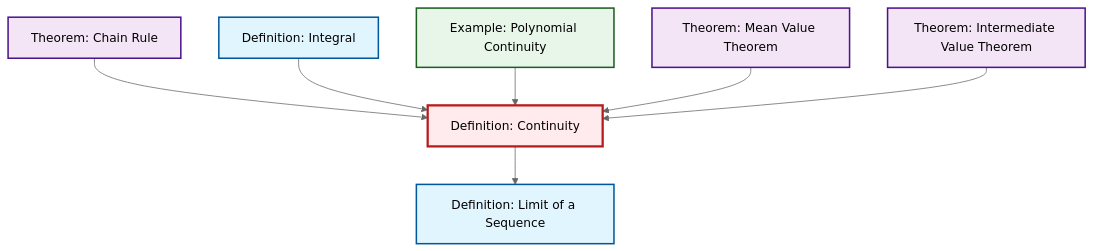
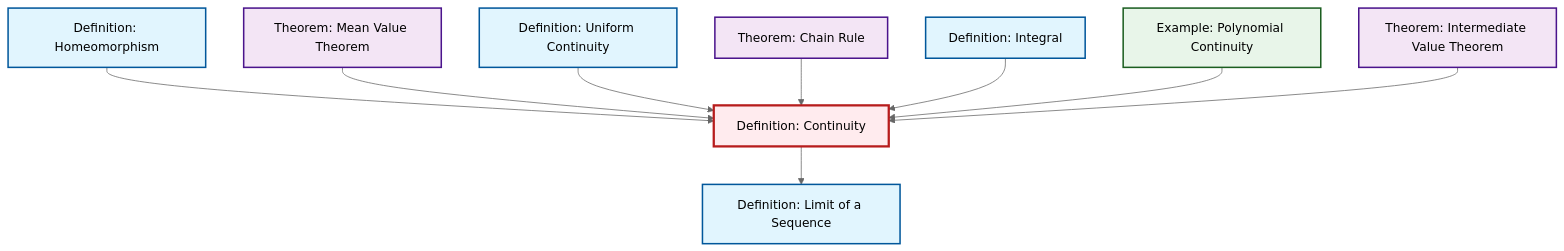
Before and after one commit to RK0429/ModernMath: the diagram in content/ja/analysis/def-continuity.qmd, drawn with Mermaid (neutral theme). The commit also changed 474 other files, not shown here.

````diff
--- a/content/ja/analysis/def-continuity.qmd
+++ b/content/ja/analysis/def-continuity.qmd
@@ -58,29 +58,35 @@
 ```{mermaid}
 %%| fig-cap: "Local dependency graph"
 graph TD
     classDef definition fill:#e1f5fe,stroke:#01579b,stroke-width:2px
     classDef theorem fill:#f3e5f5,stroke:#4a148c,stroke-width:2px
     classDef axiom fill:#fff3e0,stroke:#e65100,stroke-width:2px
     classDef example fill:#e8f5e9,stroke:#1b5e20,stroke-width:2px
     classDef current fill:#ffebee,stroke:#b71c1c,stroke-width:3px
+    ex-polynomial-continuity["Example: Polynomial Continuity"]:::example
+    def-uniform-continuity["Definition: Uniform Continuity"]:::definition
+    def-limit["Definition: Limit of a Sequence"]:::definition
+    def-continuity["Definition: Continuity"]:::definition
+    def-homeomorphism["Definition: Homeomorphism"]:::definition
+    thm-mean-value["Theorem: Mean Value Theorem"]:::theorem
     thm-chain-rule["Theorem: Chain Rule"]:::theorem
     def-integral["Definition: Integral"]:::definition
     thm-intermediate-value["Theorem: Intermediate Value Theorem"]:::theorem
-    def-continuity["Definition: Continuity"]:::definition
-    ex-polynomial-continuity["Example: Polynomial Continuity"]:::example
-    def-limit["Definition: Limit of a Sequence"]:::definition
-    thm-mean-value["Theorem: Mean Value Theorem"]:::theorem
+    def-homeomorphism --> def-continuity
+    thm-mean-value --> def-continuity
+    def-uniform-continuity --> def-continuity
     thm-chain-rule --> def-continuity
+    def-continuity --> def-limit
     def-integral --> def-continuity
     ex-polynomial-continuity --> def-continuity
-    def-continuity --> def-limit
-    thm-mean-value --> def-continuity
     thm-intermediate-value --> def-continuity
     class def-continuity current
+    click ex-polynomial-continuity "ex-polynomial-continuity.html" "Example: Polynomial Continuityへ"
+    click def-uniform-continuity "def-uniform-continuity.html" "Definition: Uniform Continuityへ"
+    click def-limit "def-limit.html" "Definition: Limit of a Sequenceへ"
+    click def-homeomorphism "def-homeomorphism.html" "Definition: Homeomorphismへ"
+    click thm-mean-value "thm-mean-value.html" "Theorem: Mean Value Theoremへ"
     click thm-chain-rule "thm-chain-rule.html" "Theorem: Chain Ruleへ"
     click def-integral "def-integral.html" "Definition: Integralへ"
     click thm-intermediate-value "thm-intermediate-value.html" "Theorem: Intermediate Value Theoremへ"
-    click ex-polynomial-continuity "ex-polynomial-continuity.html" "Example: Polynomial Continuityへ"
-    click def-limit "def-limit.html" "Definition: Limit of a Sequenceへ"
-    click thm-mean-value "thm-mean-value.html" "Theorem: Mean Value Theoremへ"
 ```
````
